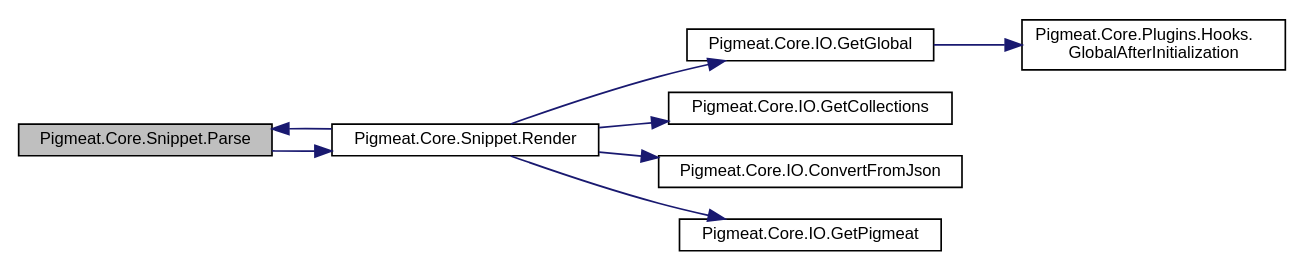
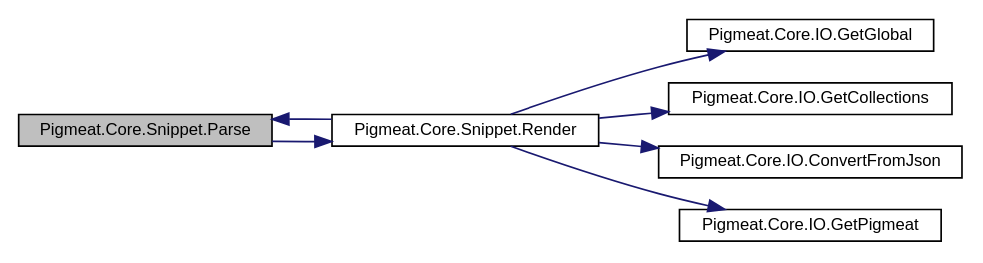
One commit to milovidov983/Pigmeat changed the diagram in class_pigmeat_1_1_core_1_1_snippet_a54ea5e1d3a8cd6308a1b1c9f01457146_cgraph.dot. Above: the diagram before and after it, drawn with Graphviz. The commit also changed 198 other files, not shown here.

```diff
--- a/class_pigmeat_1_1_core_1_1_snippet_a54ea5e1d3a8cd6308a1b1c9f01457146_cgraph.dot
+++ b/class_pigmeat_1_1_core_1_1_snippet_a54ea5e1d3a8cd6308a1b1c9f01457146_cgraph.dot
@@ -1,20 +1,18 @@
 digraph "Pigmeat.Core.Snippet.Parse"
 {
   edge [fontname="Helvetica",fontsize="10",labelfontname="Helvetica",labelfontsize="10"];
   node [fontname="Helvetica",fontsize="10",shape=record];
   rankdir="LR";
   Node0 [label="Pigmeat.Core.Snippet.Parse",height=0.2,width=0.4,color="black", fillcolor="grey75", style="filled", fontcolor="black"];
   Node0 -> Node1 [color="midnightblue",fontsize="10",style="solid",fontname="Helvetica"];
   Node1 [label="Pigmeat.Core.Snippet.Render",height=0.2,width=0.4,color="black", fillcolor="white", style="filled",URL="$class_pigmeat_1_1_core_1_1_snippet.html#ac3dd182d3699b9997372e1baa768de2b",tooltip="Renders Snippets "];
   Node1 -> Node2 [color="midnightblue",fontsize="10",style="solid",fontname="Helvetica"];
   Node2 [label="Pigmeat.Core.IO.GetGlobal",height=0.2,width=0.4,color="black", fillcolor="white", style="filled",URL="$class_pigmeat_1_1_core_1_1_i_o.html#a8f84ec34a489ed4c83089b16308ddc7f",tooltip="Get file representing project&#39;s Global context "];
-  Node2 -> Node3 [color="midnightblue",fontsize="10",style="solid",fontname="Helvetica"];
-  Node3 [label="Pigmeat.Core.Plugins.Hooks.\lGlobalAfterInitialization",height=0.2,width=0.4,color="black", fillcolor="white", style="filled",URL="$class_pigmeat_1_1_core_1_1_plugins_1_1_hooks.html#ab2e3f7c36307a442db4ad8da510d2ee0",tooltip="Immediately after getting the global context"];
+  Node1 -> Node3 [color="midnightblue",fontsize="10",style="solid",fontname="Helvetica"];
+  Node3 [label="Pigmeat.Core.IO.GetCollections",height=0.2,width=0.4,color="black", fillcolor="white", style="filled",URL="$class_pigmeat_1_1_core_1_1_i_o.html#a95f27be3fb9f5fd7e668f903c4e1cfb4",tooltip="Create a JObject to merge with the Global context containing each collection&#39;s collection.json data "];
   Node1 -> Node4 [color="midnightblue",fontsize="10",style="solid",fontname="Helvetica"];
-  Node4 [label="Pigmeat.Core.IO.GetCollections",height=0.2,width=0.4,color="black", fillcolor="white", style="filled",URL="$class_pigmeat_1_1_core_1_1_i_o.html#a95f27be3fb9f5fd7e668f903c4e1cfb4",tooltip="Create a JObject to merge with the Global context containing each collection&#39;s collection.json data "];
+  Node4 [label="Pigmeat.Core.IO.ConvertFromJson",height=0.2,width=0.4,color="black", fillcolor="white", style="filled",URL="$class_pigmeat_1_1_core_1_1_i_o.html#a821d02a0d3f636011b2dc0f8e8703e18",tooltip="Convert JObject to Scriban objects "];
   Node1 -> Node5 [color="midnightblue",fontsize="10",style="solid",fontname="Helvetica"];
-  Node5 [label="Pigmeat.Core.IO.ConvertFromJson",height=0.2,width=0.4,color="black", fillcolor="white", style="filled",URL="$class_pigmeat_1_1_core_1_1_i_o.html#a821d02a0d3f636011b2dc0f8e8703e18",tooltip="Convert JObject to Scriban objects "];
-  Node1 -> Node6 [color="midnightblue",fontsize="10",style="solid",fontname="Helvetica"];
-  Node6 [label="Pigmeat.Core.IO.GetPigmeat",height=0.2,width=0.4,color="black", fillcolor="white", style="filled",URL="$class_pigmeat_1_1_core_1_1_i_o.html#ab52a010415630b7063180fd58759eab3",tooltip="Get JObject representing project&#39;s Pigmeat context "];
+  Node5 [label="Pigmeat.Core.IO.GetPigmeat",height=0.2,width=0.4,color="black", fillcolor="white", style="filled",URL="$class_pigmeat_1_1_core_1_1_i_o.html#ab52a010415630b7063180fd58759eab3",tooltip="Get JObject representing project&#39;s Pigmeat context "];
   Node1 -> Node0 [color="midnightblue",fontsize="10",style="solid",fontname="Helvetica"];
 }
```
